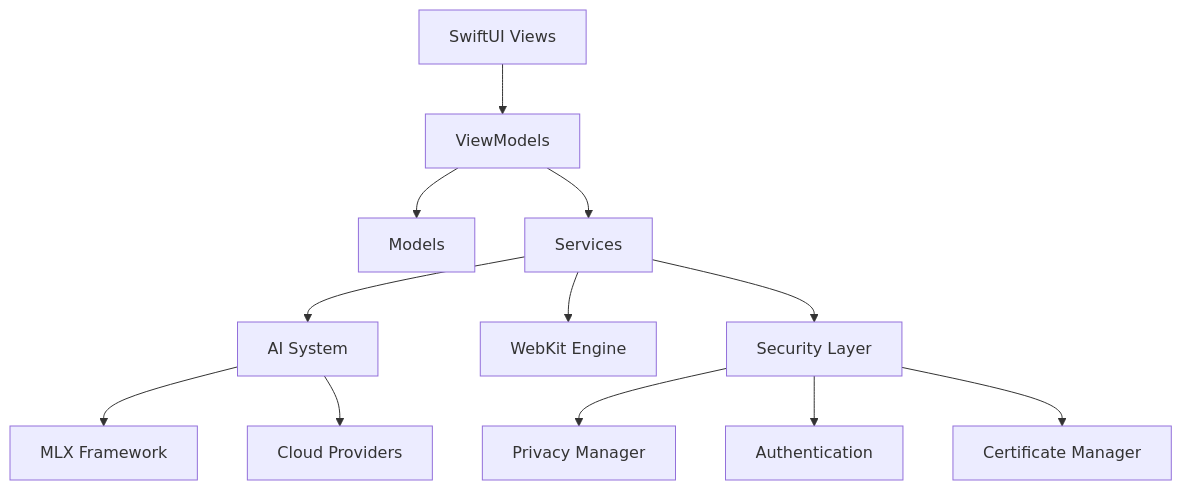
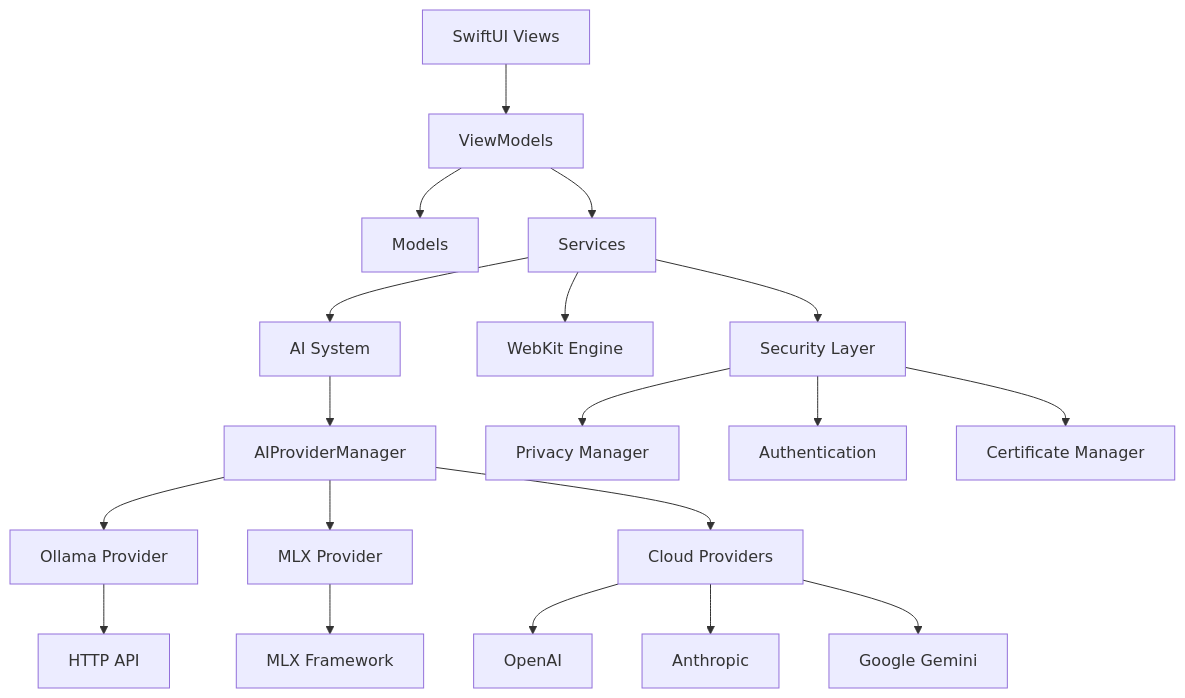
The first of 3 diagrams in docs/Architecture.md (ddttom/AI-Web-Browser), drawn with Mermaid before and after one commit. The commit also changed other lines of this file and 2 other files, not shown here.

First line of the commit message:
feat(ai-integration): add smart AI provider system with Ollama, MLX, and cloud support

````diff
--- a/docs/Architecture.md
+++ b/docs/Architecture.md
@@ -9,16 +9,24 @@
 ```mermaid
 graph TB
     UI[SwiftUI Views] --> VM[ViewModels]
     VM --> M[Models]
     VM --> S[Services]
     S --> AI[AI System]
     S --> WK[WebKit Engine]
     S --> SEC[Security Layer]
     
-    AI --> MLX[MLX Framework]
-    AI --> CLOUD[Cloud Providers]
+    AI --> PROV[AIProviderManager]
+    PROV --> OLLAMA[Ollama Provider]
+    PROV --> MLX[MLX Provider]
+    PROV --> CLOUD[Cloud Providers]
+    
+    OLLAMA --> HTTP[HTTP API]
+    MLX --> MLXFW[MLX Framework]
+    CLOUD --> OPENAI[OpenAI]
+    CLOUD --> ANTHROPIC[Anthropic]
+    CLOUD --> GEMINI[Google Gemini]
     
     SEC --> PRIV[Privacy Manager]
     SEC --> AUTH[Authentication]
     SEC --> CERT[Certificate Manager]
 ```
````
